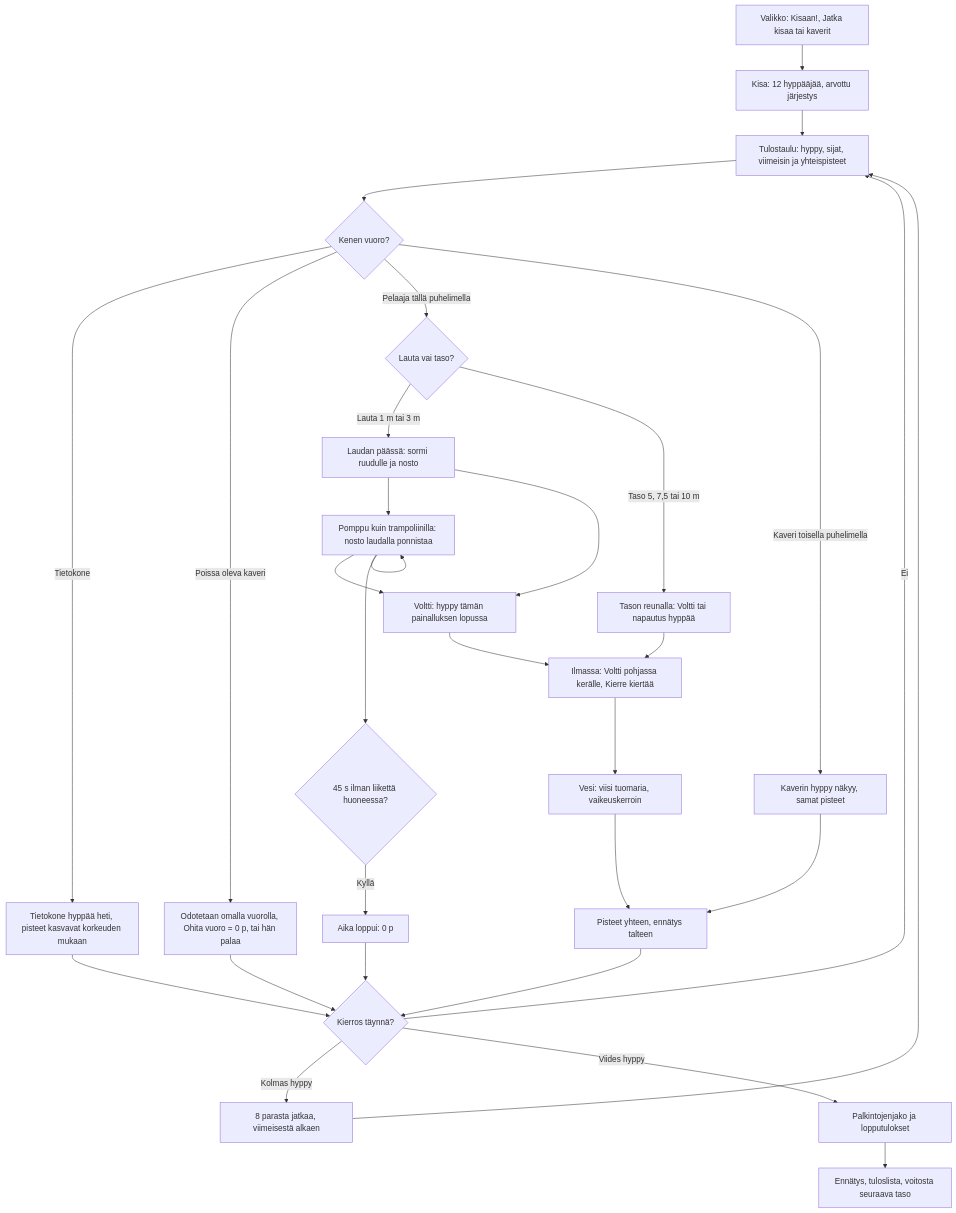
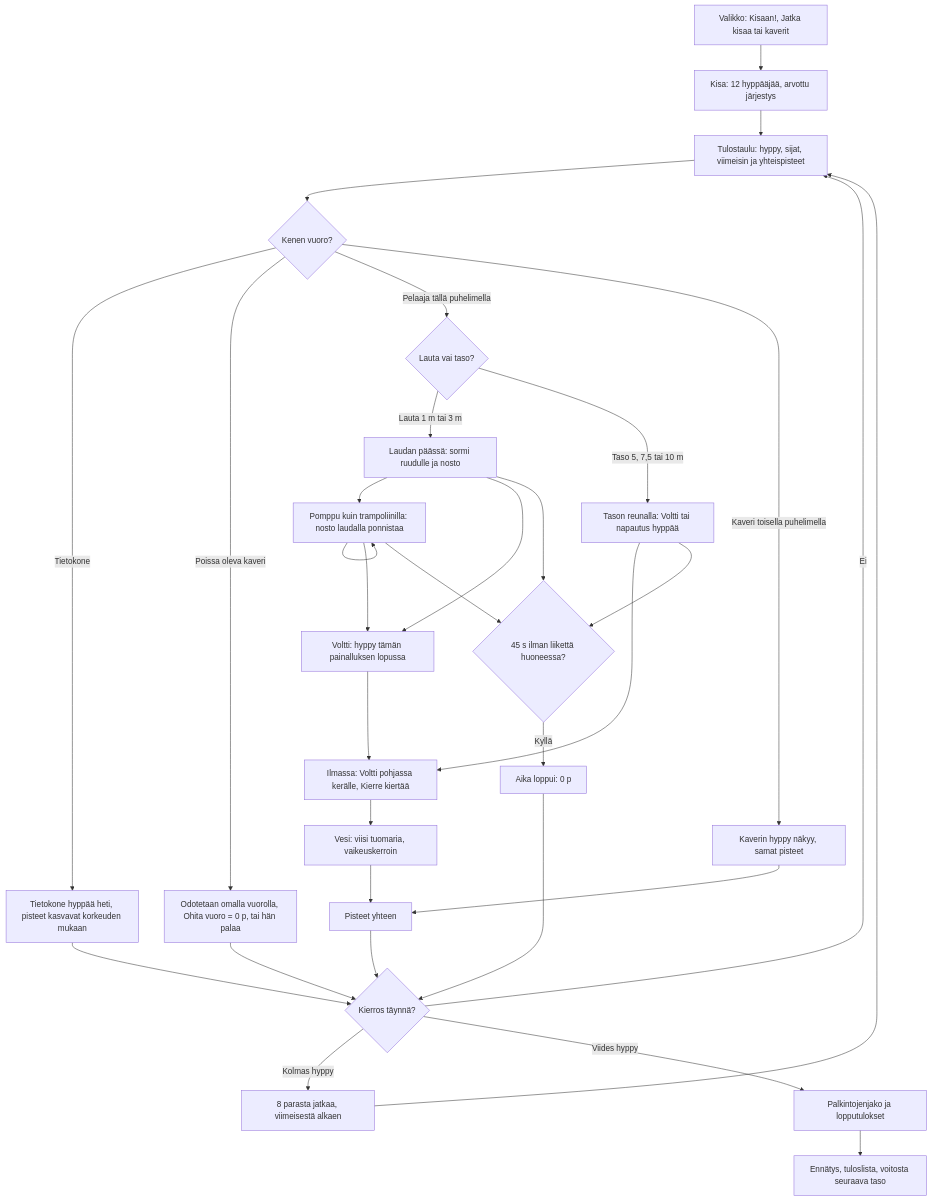
Before and after one commit to eerovil/ai-pelit: the diagram in docs/diagrams/uimahyppy.md, drawn with Mermaid. The commit also changed other lines of this file and 2 other files, not shown here.

````diff
--- a/docs/diagrams/uimahyppy.md
+++ b/docs/diagrams/uimahyppy.md
@@ -13,38 +13,40 @@
 ```mermaid
 flowchart TD
   M[Valikko: Kisaan!, Jatka kisaa tai kaverit] --> K[Kisa: 12 hyppääjää, arvottu järjestys]
   K --> T[Tulostaulu: hyppy, sijat, viimeisin ja yhteispisteet]
   T --> Q{Kenen vuoro?}
   Q -- Tietokone --> CPU[Tietokone hyppää heti, pisteet kasvavat korkeuden mukaan]
   Q -- Poissa oleva kaveri --> AWAY[Odotetaan omalla vuorolla, Ohita vuoro = 0 p, tai hän palaa]
   AWAY --> NX
   CPU --> NX
   Q -- Pelaaja tällä puhelimella --> HT{Lauta vai taso?}
   Q -- Kaveri toisella puhelimella --> WT[Kaverin hyppy näkyy, samat pisteet]
   HT -- Lauta 1 m tai 3 m --> RB[Laudan päässä: sormi ruudulle ja nosto]
   HT -- Taso 5, 7,5 tai 10 m --> RP[Tason reunalla: Voltti tai napautus hyppää]
   RB --> BO[Pomppu kuin trampoliinilla: nosto laudalla ponnistaa]
   BO --> BO
   BO --> VG[Voltti: hyppy tämän painalluksen lopussa]
   RB --> VG
   VG --> DV[Ilmassa: Voltti pohjassa kerälle, Kierre kiertää]
   RP --> DV
   DV --> IN[Vesi: viisi tuomaria, vaikeuskerroin]
-  BO --> TO{45 s ilman liikettä huoneessa?}
+  RB --> TO{45 s ilman liikettä huoneessa?}
+  RP --> TO
+  BO --> TO
   TO -- Kyllä --> X[Aika loppui: 0 p]
-  IN --> D[Pisteet yhteen, ennätys talteen]
+  IN --> D[Pisteet yhteen]
   WT --> D
   D --> NX{Kierros täynnä?}
   X --> NX
   NX -- Ei --> T
   NX -- Kolmas hyppy --> CUT[8 parasta jatkaa, viimeisestä alkaen]
   NX -- Viides hyppy --> END[Palkintojenjako ja lopputulokset]
   CUT --> T
   END --> S[Ennätys, tuloslista, voitosta seuraava taso]
   class M,RB,RP,BO,VG,DV,T blue
   class CPU,WT,AWAY violet
   class Q,HT,TO,NX amber
   class K,IN,D,CUT teal
   class X rose
   class END,S green
 ```
````
